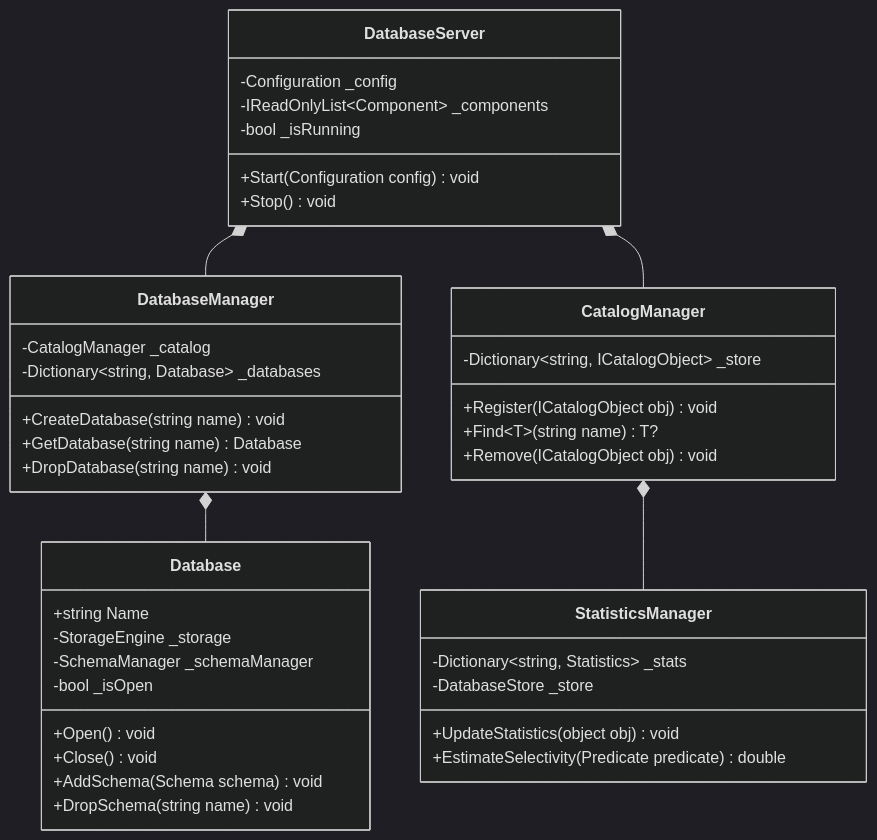
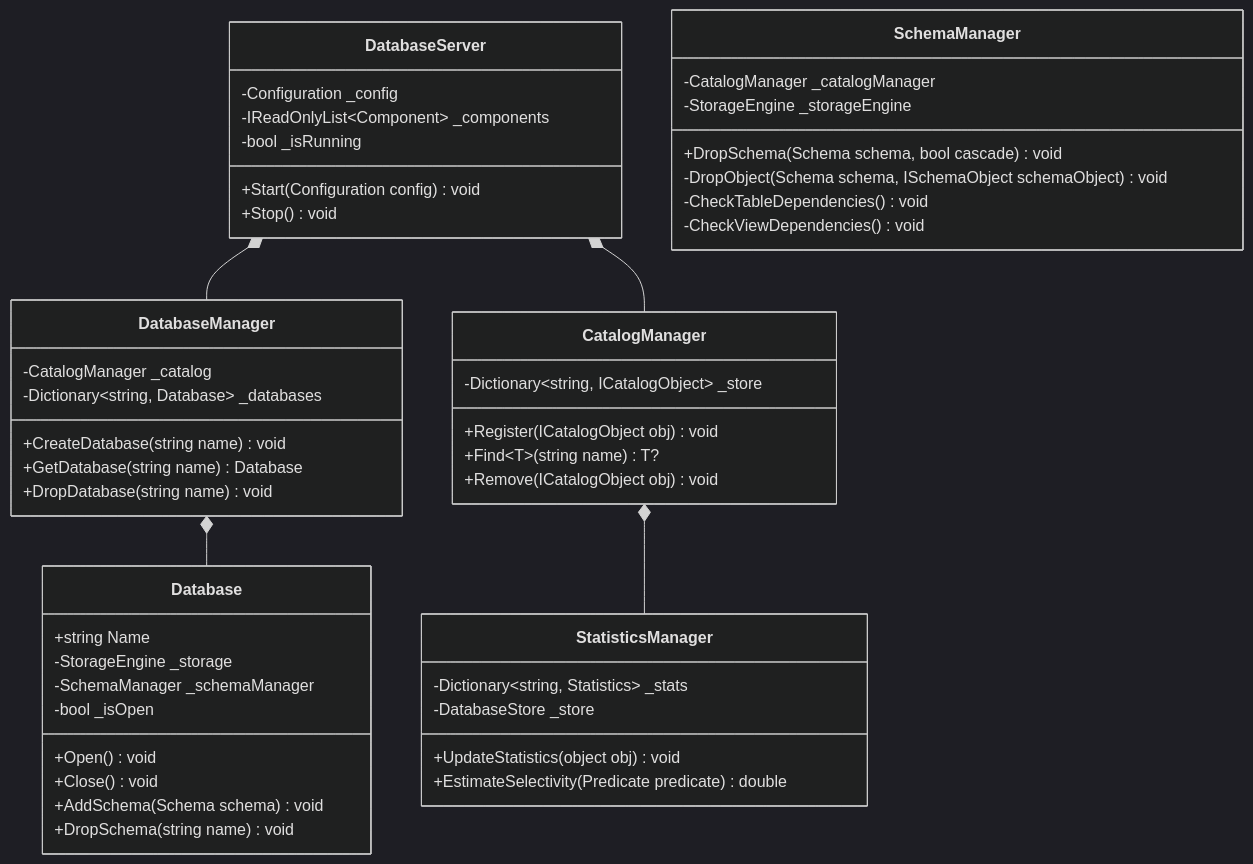
One commit to manaxpow/DBMS changed the eighth of 50 diagrams in README.md. Above: the diagram before and after it, drawn with Mermaid (dark theme). The commit also changed other lines of this file and 14 other files, not shown here.

Commit message:
Implement Composite for schema

````diff
--- a/README.md
+++ b/README.md
@@ -342,50 +342,59 @@
 ```mermaid
 classDiagram
     direction TB
 
     class DatabaseServer {
         -Configuration _config
         -IReadOnlyList~Component~ _components
         -bool _isRunning
         +Start(Configuration config) void
         +Stop() void
     }
 
     class DatabaseManager {
         -CatalogManager _catalog
         -Dictionary~string, Database~ _databases
         +CreateDatabase(string name) void
         +GetDatabase(string name) Database
         +DropDatabase(string name) void
     }
 
     class Database {
         +string Name
         -StorageEngine _storage
         -SchemaManager _schemaManager
         -bool _isOpen
         +Open() void
         +Close() void
         +AddSchema(Schema schema) void
         +DropSchema(string name) void
     }
 
+    class SchemaManager {
+        -CatalogManager _catalogManager
+        -StorageEngine _storageEngine
+        +DropSchema(Schema schema, bool cascade) void
+        -DropObject(Schema schema, ISchemaObject schemaObject) void
+        -CheckTableDependencies() void
+        -CheckViewDependencies() void
+    }
+
     class CatalogManager {
         -Dictionary~string, ICatalogObject~ _store
         +Register(ICatalogObject obj) void
         +Find~T~(string name) T?
         +Remove(ICatalogObject obj) void
     }
 
     class StatisticsManager {
         -Dictionary~string, Statistics~ _stats
         -DatabaseStore _store
         +UpdateStatistics(object obj) void
         +EstimateSelectivity(Predicate predicate) double
     }
 
     DatabaseServer *-- DatabaseManager
     DatabaseServer *-- CatalogManager
     DatabaseManager *-- Database
     CatalogManager *-- StatisticsManager
 ```
````
